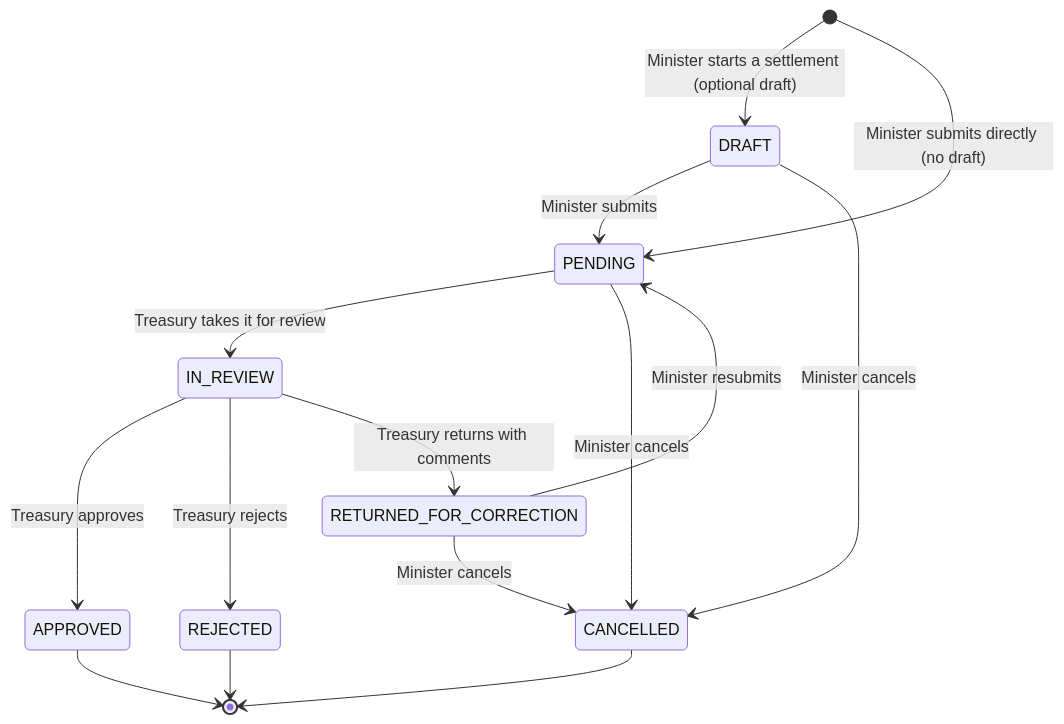
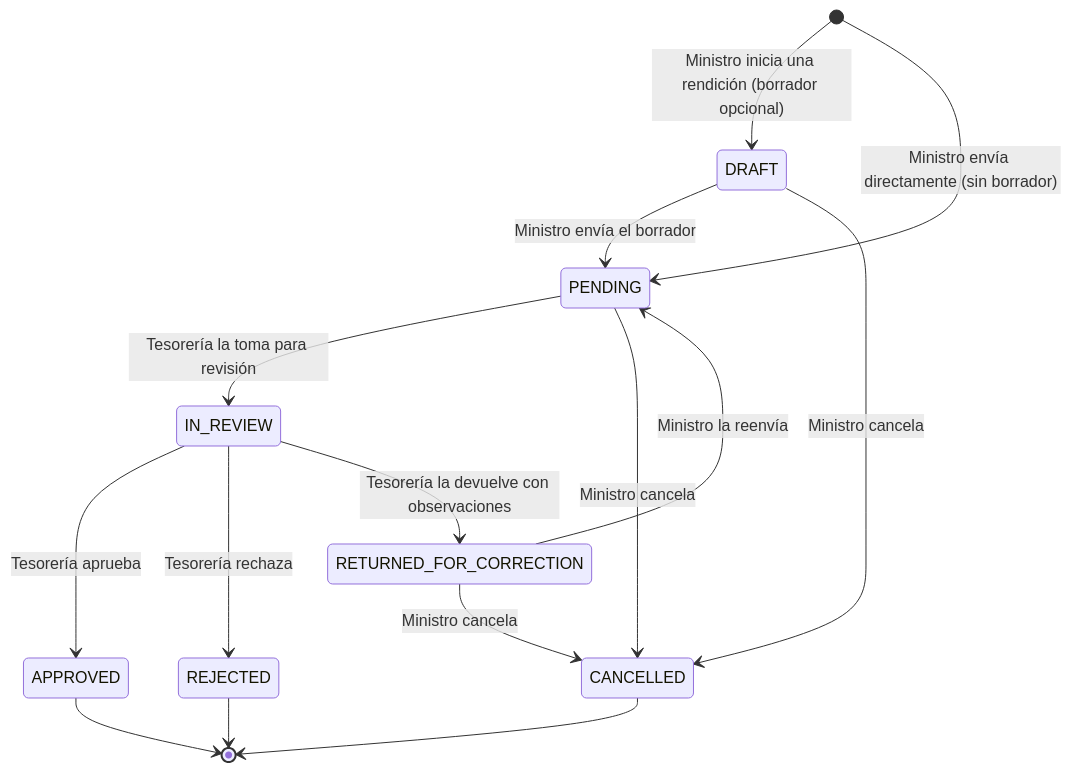
One commit to Torfel0312/sistema_contable_pibt changed the third of 11 diagrams in docs/flows.md. Above: the diagram before and after it, drawn with Mermaid. The commit also changed other lines of this file and 11 other files, not shown here.

Commit message:
docs: refresh roles/permissions/auth docs and translate diagrams to Spanish (#83)

````diff
--- a/docs/flows.md
+++ b/docs/flows.md
@@ -65,17 +69,17 @@
 ```mermaid
 stateDiagram-v2
-    [*] --> DRAFT : Minister starts a settlement (optional draft)
-    [*] --> PENDING : Minister submits directly (no draft)
-    DRAFT --> PENDING : Minister submits
-    DRAFT --> CANCELLED : Minister cancels
-    PENDING --> IN_REVIEW : Treasury takes it for review
-    PENDING --> CANCELLED : Minister cancels
-    IN_REVIEW --> APPROVED : Treasury approves
-    IN_REVIEW --> REJECTED : Treasury rejects
-    IN_REVIEW --> RETURNED_FOR_CORRECTION : Treasury returns with comments
-    RETURNED_FOR_CORRECTION --> PENDING : Minister resubmits
-    RETURNED_FOR_CORRECTION --> CANCELLED : Minister cancels
+    [*] --> DRAFT : Ministro inicia una rendición (borrador opcional)
+    [*] --> PENDING : Ministro envía directamente (sin borrador)
+    DRAFT --> PENDING : Ministro envía el borrador
+    DRAFT --> CANCELLED : Ministro cancela
+    PENDING --> IN_REVIEW : Tesorería la toma para revisión
+    PENDING --> CANCELLED : Ministro cancela
+    IN_REVIEW --> APPROVED : Tesorería aprueba
+    IN_REVIEW --> REJECTED : Tesorería rechaza
+    IN_REVIEW --> RETURNED_FOR_CORRECTION : Tesorería la devuelve con observaciones
+    RETURNED_FOR_CORRECTION --> PENDING : Ministro la reenvía
+    RETURNED_FOR_CORRECTION --> CANCELLED : Ministro cancela
     APPROVED --> [*]
     REJECTED --> [*]
     CANCELLED --> [*]
 ```
````
